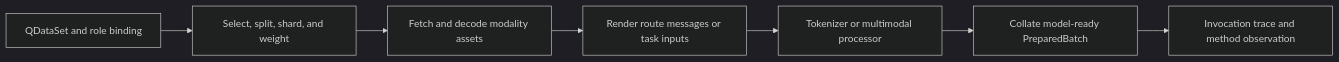
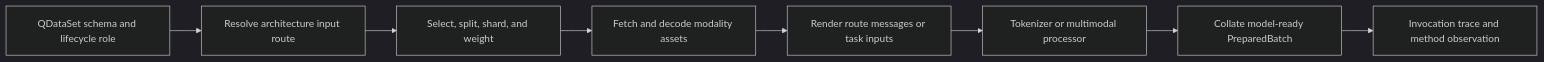
Before and after one commit to ModelCloud/GPTQModel: the third of 3 diagrams in docs/quantization-data-contract.md, drawn with Mermaid (dark theme). The commit also changed other lines of this file and 5 other files, not shown here.

````diff
--- a/docs/quantization-data-contract.md
+++ b/docs/quantization-data-contract.md
@@ -291,9 +395,10 @@
 ```mermaid
 flowchart LR
-    Q[QDataSet and role binding] --> S[Select, split, shard, and weight]
+    Q[QDataSet schema and lifecycle role] --> A[Resolve architecture input route]
+    A --> S[Select, split, shard, and weight]
     S --> F[Fetch and decode modality assets]
     F --> R[Render route messages or task inputs]
     R --> P[Tokenizer or multimodal processor]
     P --> B[Collate model-ready PreparedBatch]
     B --> T[Invocation trace and method observation]
 ```
````
